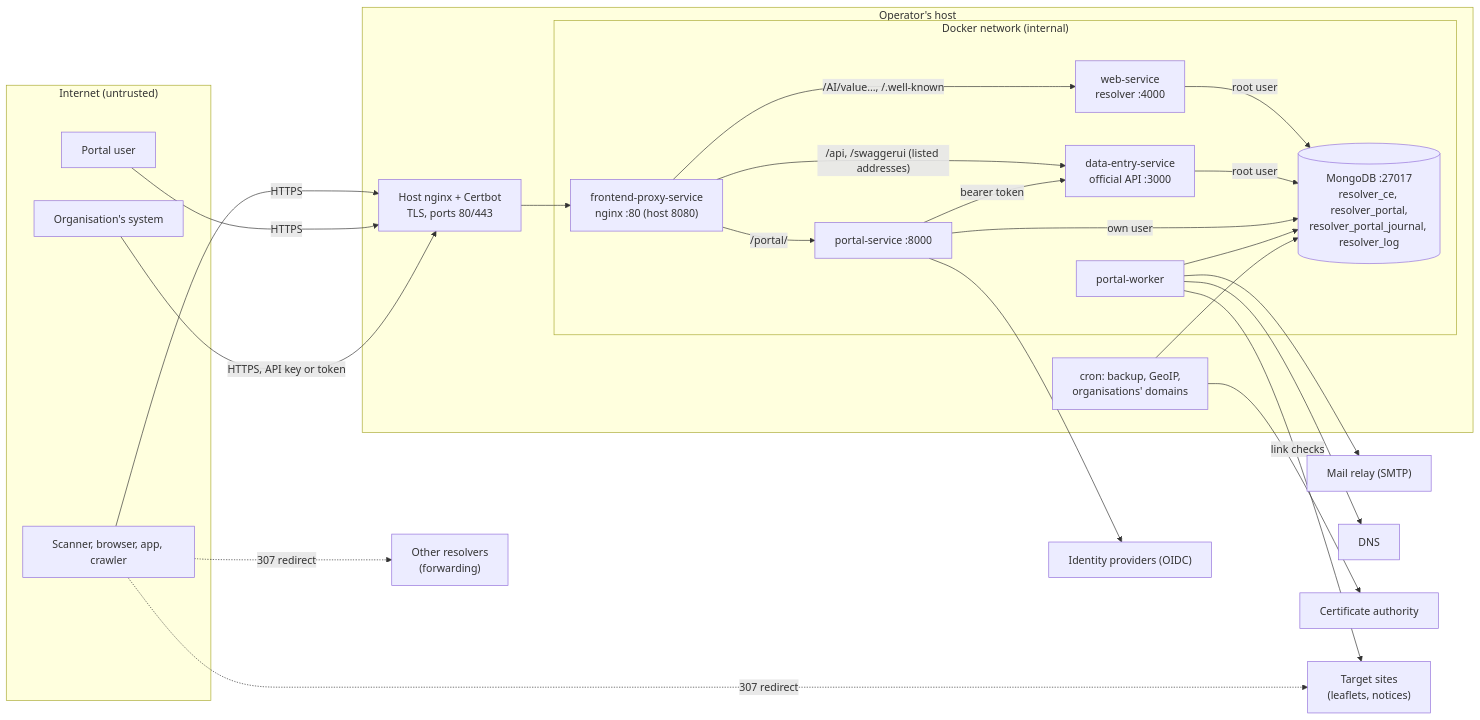
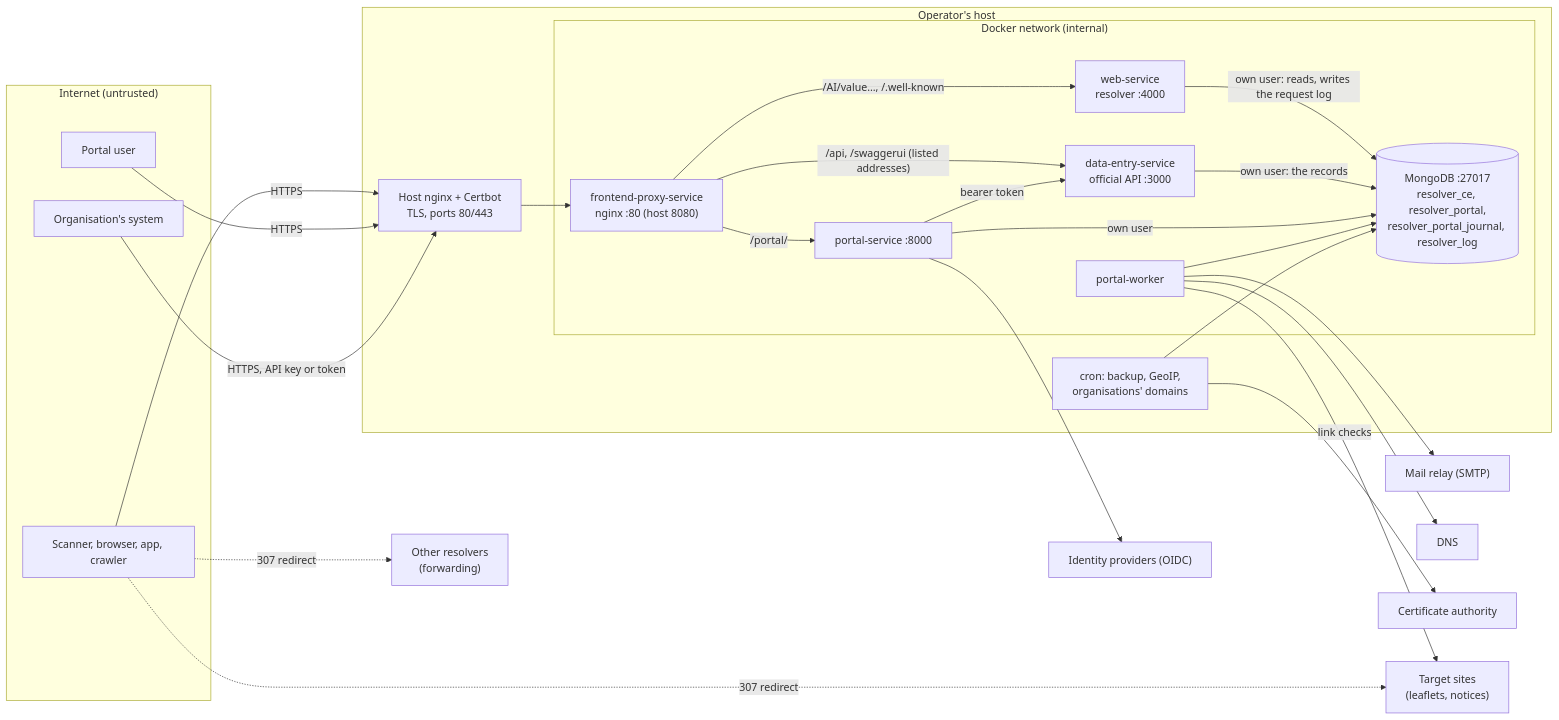
One commit to ricardomelo/GS1_DigitalLink_Resolver_CE changed the diagram in Documentation/threat-model.md. Above: the diagram before and after it, drawn with Mermaid. The commit also changed other lines of this file and 29 other files, not shown here.

````diff
--- a/Documentation/threat-model.md
+++ b/Documentation/threat-model.md
@@ -52,47 +52,47 @@
 ```mermaid
 flowchart LR
     subgraph internet["Internet (untrusted)"]
         scan["Scanner, browser, app, crawler"]
         user["Portal user"]
         sys["Organisation's system"]
     end
     subgraph host["Operator's host"]
         edge["Host nginx + Certbot<br/>TLS, ports 80/443"]
         subgraph docker["Docker network (internal)"]
             proxy["frontend-proxy-service<br/>nginx :80 (host 8080)"]
             web["web-service<br/>resolver :4000"]
             de["data-entry-service<br/>official API :3000"]
             portal["portal-service :8000"]
             worker["portal-worker"]
             db[("MongoDB :27017<br/>resolver_ce, resolver_portal,<br/>resolver_portal_journal, resolver_log")]
         end
         cron["cron: backup, GeoIP,<br/>organisations' domains"]
     end
     idp["Identity providers (OIDC)"]
     mail["Mail relay (SMTP)"]
     dns["DNS"]
     ca["Certificate authority"]
     targets["Target sites<br/>(leaflets, notices)"]
     other["Other resolvers<br/>(forwarding)"]
 
     scan -->|HTTPS| edge
     user -->|HTTPS| edge
     sys -->|"HTTPS, API key or token"| edge
     edge --> proxy
     proxy -->|"/AI/value…, /.well-known"| web
     proxy -->|"/api, /swaggerui (listed addresses)"| de
     proxy -->|"/portal/"| portal
     portal -->|"bearer token"| de
-    web -->|"root user"| db
-    de -->|"root user"| db
+    web -->|"own user: reads, writes the request log"| db
+    de -->|"own user: the records"| db
     portal -->|"own user"| db
     worker --> db
     worker -->|"link checks"| targets
     portal --> idp
     worker --> mail
     worker --> dns
     cron --> ca
     cron --> db
     scan -.->|"307 redirect"| targets
     scan -.->|"307 redirect"| other
 ```
````
